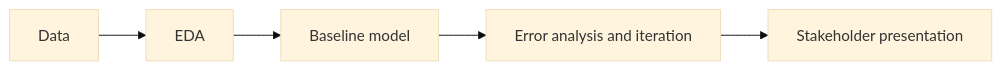
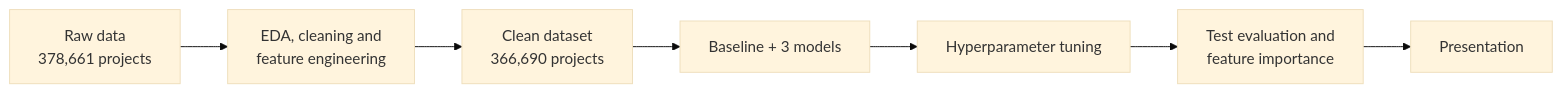
The diagram in README.md (MaThorm/kickstarter_project), drawn with Mermaid (base theme) before and after one commit. The commit also changed other lines of this file, not shown here.

````diff
--- a/README.md
+++ b/README.md
@@ -20,7 +29,9 @@
 ```mermaid
 flowchart LR
-    A[Data] --> B[EDA]
-    B --> C[Baseline model]
-    C --> D[Error analysis and iteration]
-    D --> E[Stakeholder presentation]
+    A[Raw data<br/>378,661 projects] --> B[EDA, cleaning and<br/>feature engineering]
+    B --> C[Clean dataset<br/>366,690 projects]
+    C --> D[Baseline + 3 models]
+    D --> E[Hyperparameter tuning]
+    E --> F[Test evaluation and<br/>feature importance]
+    F --> G[Presentation]
 ```
````
